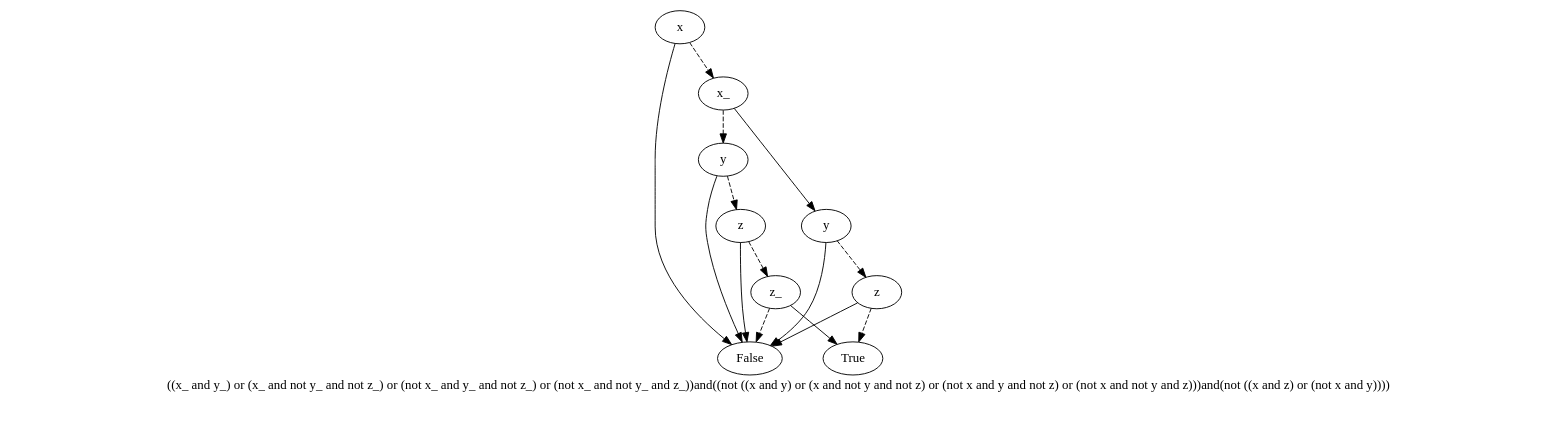
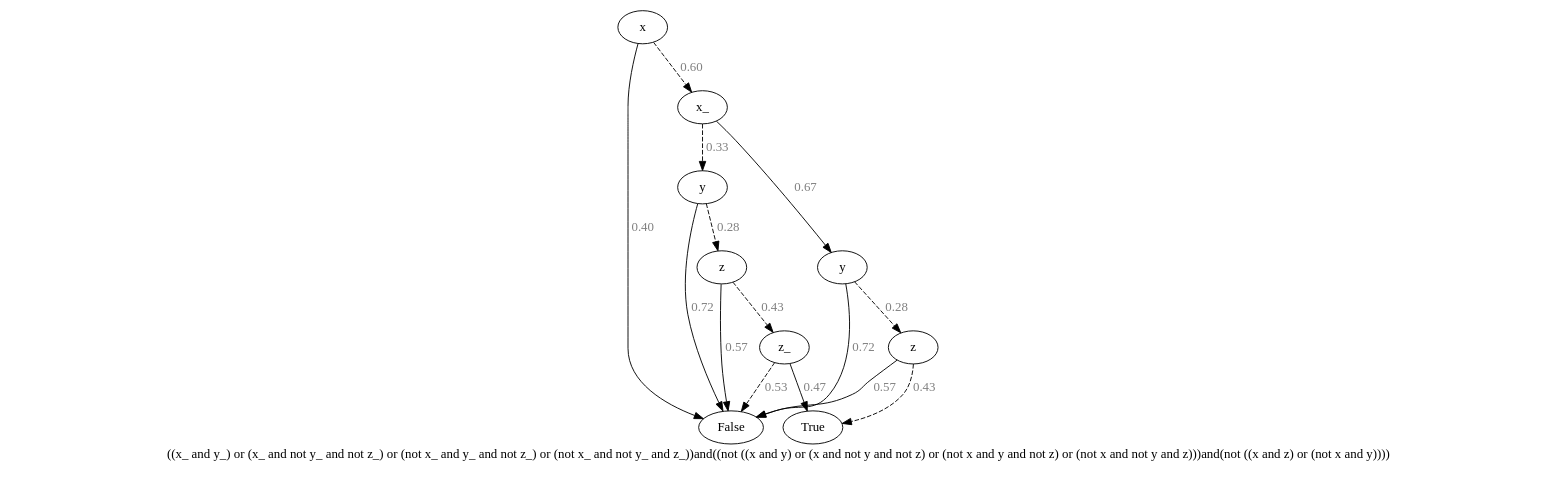
One commit to O1ez/IncreasingResilienceOfAutomatedVehicles changed the diagram in out/end_5_bdd_fp.dot. Above: the diagram before and after it, drawn with Graphviz. The commit also changed 20 other files, not shown here.

```diff
--- a/out/end_5_bdd_fp.dot
+++ b/out/end_5_bdd_fp.dot
@@ -1,39 +1,45 @@
 digraph{
 label="((x_ and y_) or (x_ and not y_ and not z_) or (not x_ and y_ and not z_) or (not x_ and not y_ and z_))and((not ((x and y) or (x and not y and not z) or (not x and y and not z) or (not x and not y and z)))and(not ((x and z) or (not x and y))))\n\n"
-1889826368720[label=x]1889826370000[label="x_ "]
-1889826368720 -> 1889826370000[style=dashed]
-1889826370384[label="y "]
-1889826370000 -> 1889826370384[style=dashed]
-1889826371152[label="z "]
-1889826370384 -> 1889826371152[style=dashed]
-1889826371024[label="z_ "]
-1889826371152 -> 1889826371024[style=dashed]
-1889826367312[label="False
+2996655533072[label=x]2996655533872[label="x_
 "]
-1889826371024 -> 1889826367312[style=dashed]
-1889826368208[label="True
+2996655533072 -> 2996655533872[style=dashed label="0.60" fontcolor = gray]
+2996655534672[label="y
 "]
-1889826371024 -> 1889826368208
-1889826367312[label="False
+2996655533872 -> 2996655534672[style=dashed label="0.33" fontcolor = gray]
+2996655534032[label="z
 "]
-1889826371152 -> 1889826367312
-1889826367312[label="False
+2996655534672 -> 2996655534032[style=dashed label="0.28" fontcolor = gray]
+2996655533552[label="z_
 "]
-1889826370384 -> 1889826367312
-1889826366160[label="y "]
-1889826370000 -> 1889826366160
-1889826363856[label="z "]
-1889826366160 -> 1889826363856[style=dashed]
-1889826368208[label="True
+2996655534032 -> 2996655533552[style=dashed label="0.43" fontcolor = gray]
+2996655534832[label="False
 "]
-1889826363856 -> 1889826368208[style=dashed]
-1889826367312[label="False
+2996655533552 -> 2996655534832[style=dashed label="0.53" fontcolor = gray]
+2996655534192[label="True
 "]
-1889826363856 -> 1889826367312
-1889826367312[label="False
+2996655533552 -> 2996655534192 [label="0.47" fontcolor = gray]
+2996655534832[label="False
 "]
-1889826366160 -> 1889826367312
-1889826367312[label="False
+2996655534032 -> 2996655534832 [label="0.57" fontcolor = gray]
+2996655534832[label="False
 "]
-1889826368720 -> 1889826367312
+2996655534672 -> 2996655534832 [label="0.72" fontcolor = gray]
+2996655532912[label="y
+"]
+2996655533872 -> 2996655532912 [label="0.67" fontcolor = gray]
+2996655561200[label="z
+"]
+2996655532912 -> 2996655561200[style=dashed label="0.28" fontcolor = gray]
+2996655534192[label="True
+"]
+2996655561200 -> 2996655534192[style=dashed label="0.43" fontcolor = gray]
+2996655534832[label="False
+"]
+2996655561200 -> 2996655534832 [label="0.57" fontcolor = gray]
+2996655534832[label="False
+"]
+2996655532912 -> 2996655534832 [label="0.72" fontcolor = gray]
+2996655534832[label="False
+"]
+2996655533072 -> 2996655534832 [label="0.40" fontcolor = gray]
 }
```
